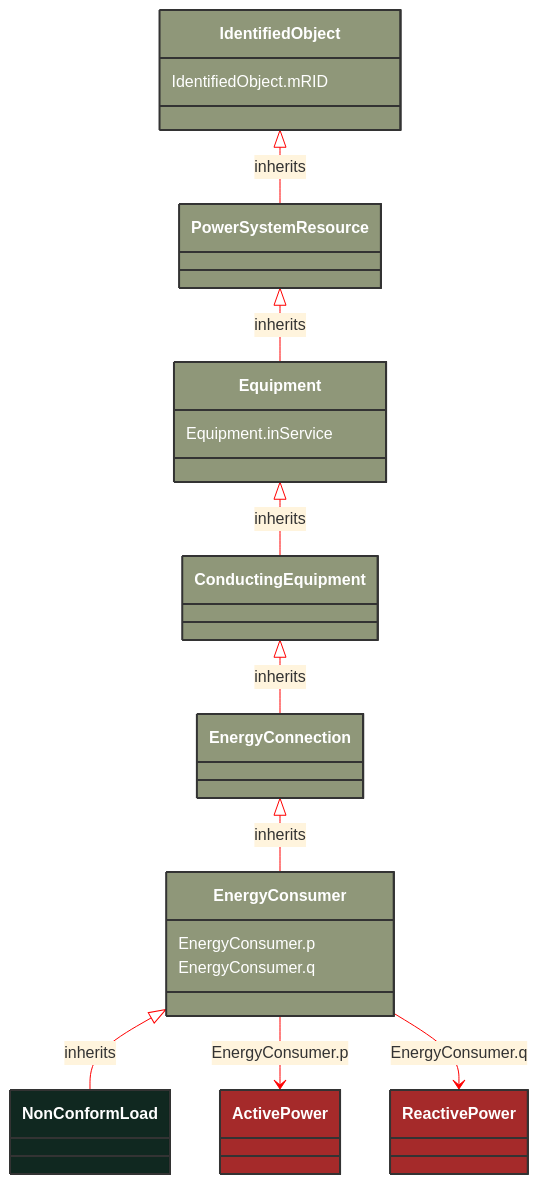
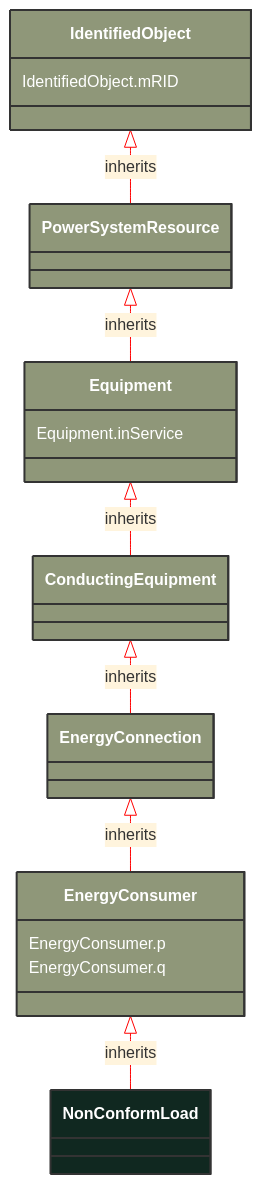
Before and after one commit to 3lbits/NoCIMExtensions: the diagram in docs/Models/Profiles/SteadyStateHypothesis/ConcreteClasses/NonConformLoad.md, drawn with Mermaid. The commit also changed 397 other files, not shown here.

First line of the commit message:
Refactor CIM schemas to introduce abstract classes and consolidate data types

````diff
--- a/docs/Models/Profiles/SteadyStateHypothesis/ConcreteClasses/NonConformLoad.md
+++ b/docs/Models/Profiles/SteadyStateHypothesis/ConcreteClasses/NonConformLoad.md
@@ -8,48 +8,38 @@
 ```mermaid
 %%{init: {'theme':'base','themeVariables': {'lineColor': '#FF0000'}}}%%
 classDiagram
     class NonConformLoad
     click NonConformLoad href "/Models/Profiles/SteadyStateHypothesis/ConcreteClasses/NonConformLoad/"
     style NonConformLoad fill:#102820,stroke:#333,stroke-width:2px,rx:10,ry:10,color:white
      
         EnergyConsumer <|-- NonConformLoad : inherits
             click EnergyConsumer href "/Models/Profiles/SteadyStateHypothesis/ConcreteClasses/EnergyConsumer/"
             style EnergyConsumer fill:#8F9779,stroke:#333,stroke-width:2px,rx:10,ry:10,color:white
      
         EnergyConnection <|-- EnergyConsumer : inherits
             click EnergyConnection href "/Models/Profiles/SteadyStateHypothesis/ConcreteClasses/EnergyConnection/"
             style EnergyConnection fill:#8F9779,stroke:#333,stroke-width:2px,rx:10,ry:10,color:white
      
         ConductingEquipment <|-- EnergyConnection : inherits
             click ConductingEquipment href "/Models/Profiles/SteadyStateHypothesis/ConcreteClasses/ConductingEquipment/"
             style ConductingEquipment fill:#8F9779,stroke:#333,stroke-width:2px,rx:10,ry:10,color:white
      
         Equipment <|-- ConductingEquipment : inherits
             click Equipment href "/Models/Profiles/SteadyStateHypothesis/ConcreteClasses/Equipment/"
             style Equipment fill:#8F9779,stroke:#333,stroke-width:2px,rx:10,ry:10,color:white
      
         PowerSystemResource <|-- Equipment : inherits
             click PowerSystemResource href "/Models/Profiles/SteadyStateHypothesis/ConcreteClasses/PowerSystemResource/"
             style PowerSystemResource fill:#8F9779,stroke:#333,stroke-width:2px,rx:10,ry:10,color:white
      
         IdentifiedObject <|-- PowerSystemResource : inherits
             click IdentifiedObject href "/Models/Profiles/SteadyStateHypothesis/ConcreteClasses/IdentifiedObject/"
             style IdentifiedObject fill:#8F9779,stroke:#333,stroke-width:2px,rx:10,ry:10,color:white
 
-        EnergyConsumer --> ActivePower : EnergyConsumer.p
-
-        ActivePower
-            click ActivePower href "/Models/Profiles/SteadyStateHypothesis/ConcreteClasses/ActivePower/"
-            style ActivePower fill:#A52A2A,stroke:#333,stroke-width:2px,rx:10,ry:10,color:white
-        EnergyConsumer --> ReactivePower : EnergyConsumer.q
-
-        ReactivePower
-            click ReactivePower href "/Models/Profiles/SteadyStateHypothesis/ConcreteClasses/ReactivePower/"
-            style ReactivePower fill:#A52A2A,stroke:#333,stroke-width:2px,rx:10,ry:10,color:white
 
 
         EnergyConsumer : EnergyConsumer.p
         EnergyConsumer : EnergyConsumer.q
         Equipment : Equipment.inService
         IdentifiedObject : IdentifiedObject.mRID
 ```
````
